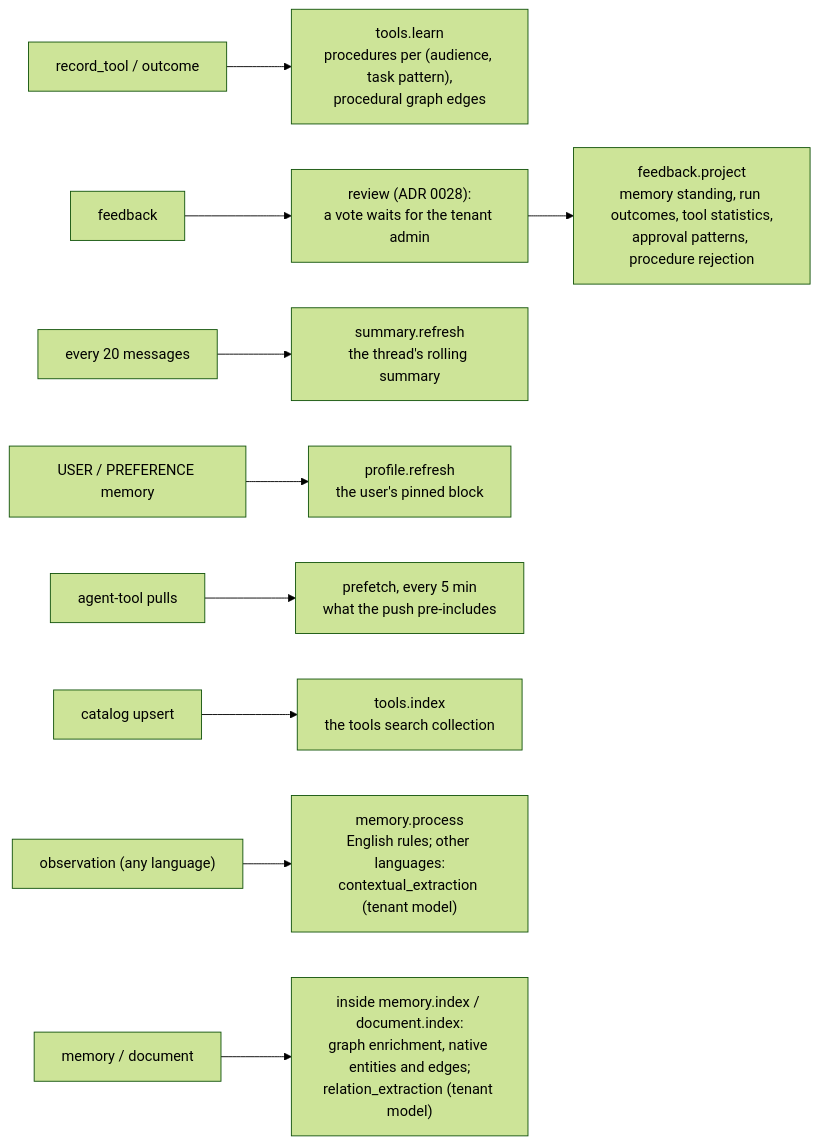
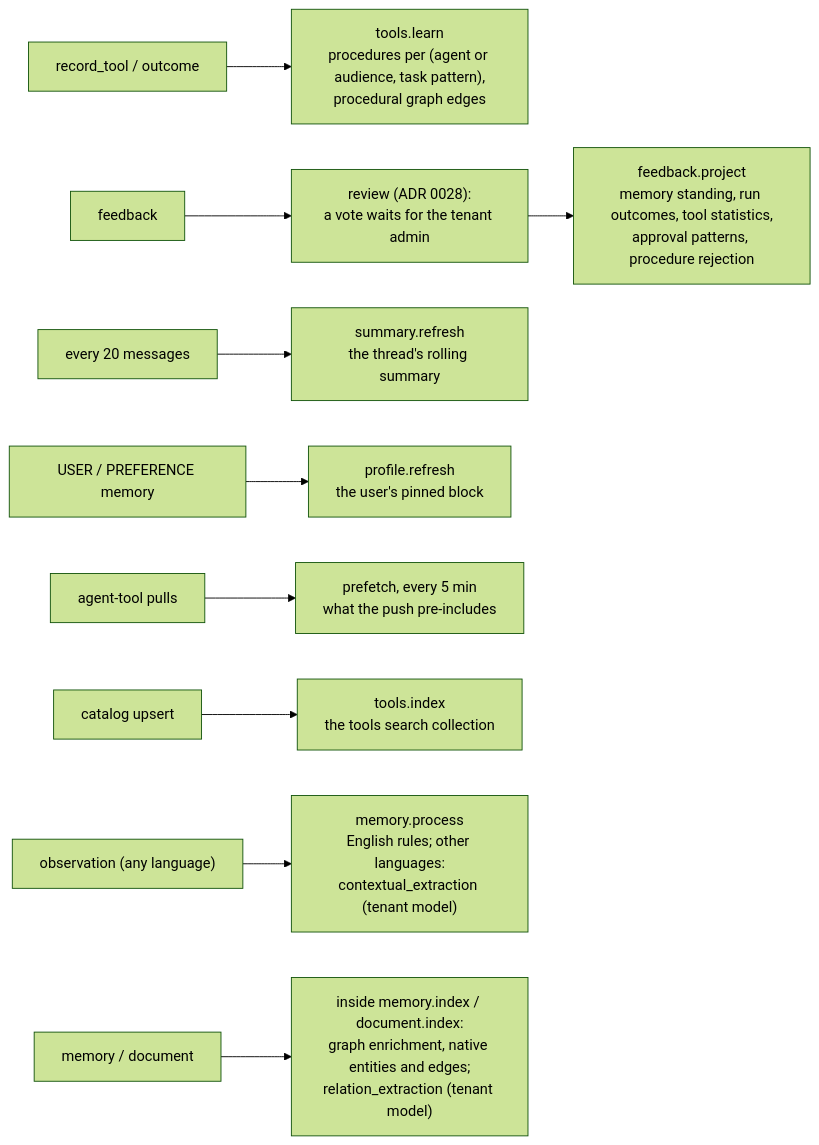
Before and after one commit to amitmohapatra/agent-memory-service: the eighth of 10 diagrams in docs/ARCHITECTURE.md, drawn with Mermaid (forest theme). The commit also changed other lines of this file and 48 other files, not shown here.

First line of the commit message:
Learned skills v2: per agent, in the context, /v1/skills

````diff
--- a/docs/ARCHITECTURE.md
+++ b/docs/ARCHITECTURE.md
@@ -213,11 +213,11 @@
 ```mermaid
 flowchart LR
-  rt["record_tool / outcome"] --> tl["tools.learn<br/>procedures per (audience, task pattern),<br/>procedural graph edges"]
+  rt["record_tool / outcome"] --> tl["tools.learn<br/>procedures per (agent or audience, task pattern),<br/>procedural graph edges"]
   fb[feedback] --> rv["review (ADR 0028):<br/>a vote waits for the tenant admin"] --> fp["feedback.project<br/>memory standing, run outcomes, tool statistics,<br/>approval patterns, procedure rejection"]
   msg["every 20 messages"] --> sr["summary.refresh<br/>the thread's rolling summary"]
   up["USER / PREFERENCE memory"] --> pr["profile.refresh<br/>the user's pinned block"]
   pulls["agent-tool pulls"] --> pf["prefetch, every 5 min<br/>what the push pre-includes"]
   cat["catalog upsert"] --> ti["tools.index<br/>the tools search collection"]
   obs["observation (any language)"] --> mp["memory.process<br/>English rules; other languages:<br/>contextual_extraction (tenant model)"]
   md["memory / document"] --> ge["inside memory.index / document.index:<br/>graph enrichment, native entities and edges;<br/>relation_extraction (tenant model)"]
 ```
````
